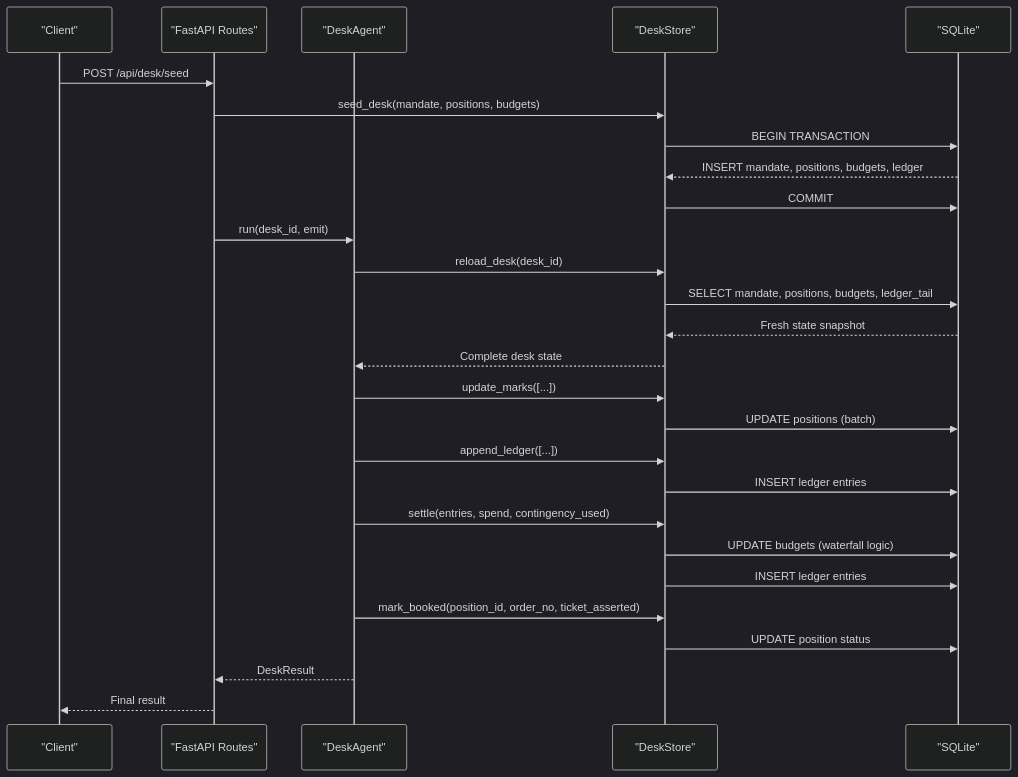
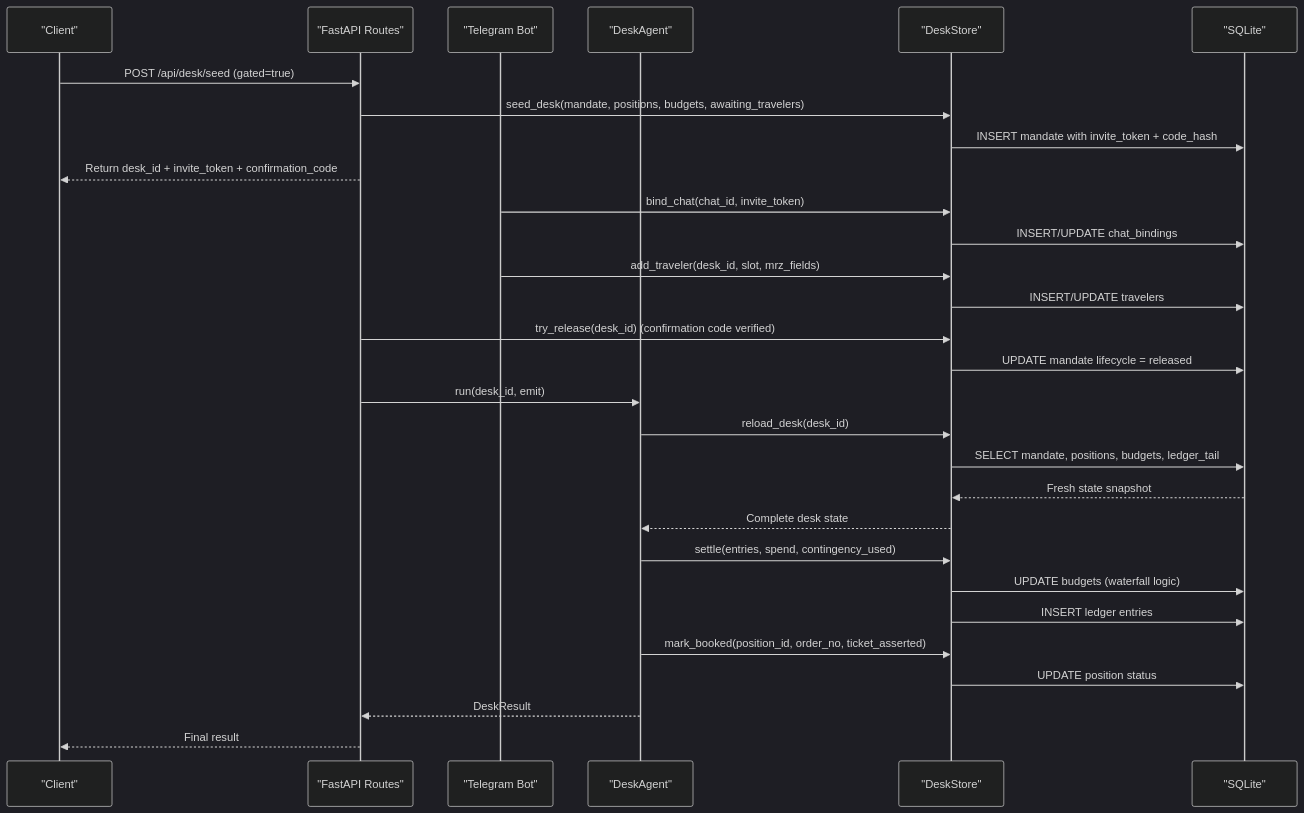
The second of 6 diagrams in .qoder/repowiki/en/content/Data Management/Database Schema Design.md (jaydonnnk/waypoint), drawn with Mermaid (dark theme) before and after one commit. The commit also changed other lines of this file and 14 other files, not shown here.

````diff
--- a/.qoder/repowiki/en/content/Data Management/Database Schema Design.md
+++ b/.qoder/repowiki/en/content/Data Management/Database Schema Design.md
@@ -87,29 +98,31 @@
 ```mermaid
 sequenceDiagram
 participant Client as "Client"
 participant API as "FastAPI Routes"
+participant Bot as "Telegram Bot"
 participant Agent as "DeskAgent"
 participant Store as "DeskStore"
 participant DB as "SQLite"
-Client->>API : POST /api/desk/seed
-API->>Store : seed_desk(mandate, positions, budgets)
-Store->>DB : BEGIN TRANSACTION
-DB-->>Store : INSERT mandate, positions, budgets, ledger
-Store->>DB : COMMIT
+Client->>API : POST /api/desk/seed (gated=true)
+API->>Store : seed_desk(mandate, positions, budgets, awaiting_travelers)
+Store->>DB : INSERT mandate with invite_token + code_hash
+API-->>Client : Return desk_id + invite_token + confirmation_code
+Bot->>Store : bind_chat(chat_id, invite_token)
+Store->>DB : INSERT/UPDATE chat_bindings
+Bot->>Store : add_traveler(desk_id, slot, mrz_fields)
+Store->>DB : INSERT/UPDATE travelers
+API->>Store : try_release(desk_id) (confirmation code verified)
+Store->>DB : UPDATE mandate lifecycle = released
 API->>Agent : run(desk_id, emit)
 Agent->>Store : reload_desk(desk_id)
 Store->>DB : SELECT mandate, positions, budgets, ledger_tail
 DB-->>Store : Fresh state snapshot
 Store-->>Agent : Complete desk state
-Agent->>Store : update_marks([...])
-Store->>DB : UPDATE positions (batch)
-Agent->>Store : append_ledger([...])
-Store->>DB : INSERT ledger entries
 Agent->>Store : settle(entries, spend, contingency_used)
 Store->>DB : UPDATE budgets (waterfall logic)
 Store->>DB : INSERT ledger entries
 Agent->>Store : mark_booked(position_id, order_no, ticket_asserted)
 Store->>DB : UPDATE position status
 Agent-->>API : DeskResult
 API-->>Client : Final result
 ```
````
